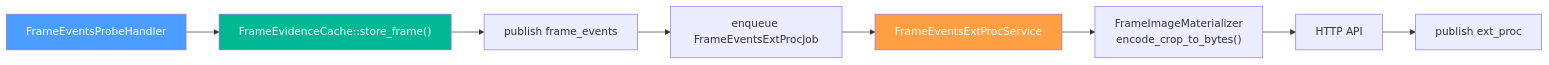
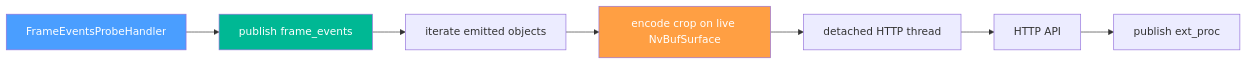
Before and after one commit to nam278/vms-engine: the diagram in docs/architecture/runtime_components/frame_events_ext_proc_service.md, drawn with Mermaid. The commit also changed other lines of this file and 21 other files, not shown here.

````diff
--- a/docs/architecture/runtime_components/frame_events_ext_proc_service.md
+++ b/docs/architecture/runtime_components/frame_events_ext_proc_service.md
@@ -44,14 +35,13 @@
 ```mermaid
 flowchart LR
-    FE["FrameEventsProbeHandler"] --> CACHE["FrameEvidenceCache::store_frame()"]
-    CACHE --> PUB["publish frame_events"]
-    PUB --> ENQ["enqueue FrameEventsExtProcJob"]
-    ENQ --> POOL["FrameEventsExtProcService"]
-    POOL --> MAT["FrameImageMaterializer\nencode_crop_to_bytes()"]
-    MAT --> API["HTTP API"]
+    FE["FrameEventsProbeHandler"] --> PUB["publish frame_events"]
+    PUB --> MATCH["iterate emitted objects"]
+    MATCH --> ENC["encode crop on live NvBufSurface"]
+    ENC --> THREAD["detached HTTP thread"]
+    THREAD --> API["HTTP API"]
     API --> MQ["publish ext_proc"]
 
     style FE fill:#4a9eff,color:#fff
-    style CACHE fill:#00b894,color:#fff
-    style POOL fill:#ff9f43,color:#fff
+    style PUB fill:#00b894,color:#fff
+    style ENC fill:#ff9f43,color:#fff
 ```
````
